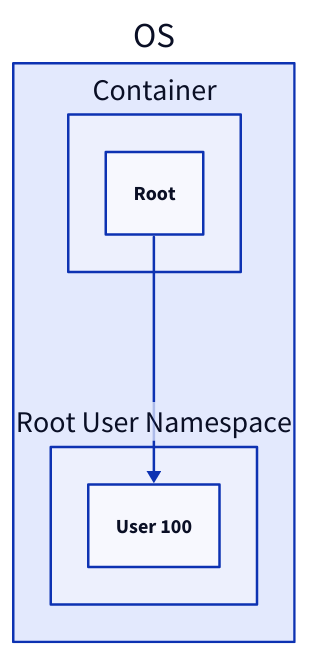
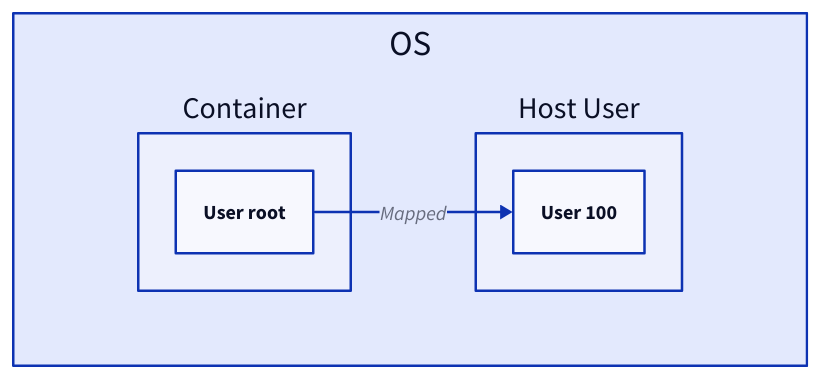
The seventh of 26 diagrams in content/docs/system-administration/system-deployment/containerization.md (link1905/system-design-101), drawn with D2 before and after one commit. The commit also changed other lines of this file and 21 other files, not shown here.

````diff
--- a/content/docs/system-administration/system-deployment/containerization.md
+++ b/content/docs/system-administration/system-deployment/containerization.md
@@ -238,15 +249,17 @@
 ```d2
 OS {
-  r: Root User Namespace {
-    u1: User 100 {
-        class: user
+  grid-rows: 1
+  horizontal-gap: 100
+  c: Container {
+    u1: User root {
+        class: client
     }
   }
-  c: Container {
-    u1: Root {
-        class: user
+  r: Host User {
+    u1: User 100 {
+        class: client
     }
   }
-  c.u1 -> r.u1
+  c.u1 -> r.u1: Mapped
 }
 ```
````
